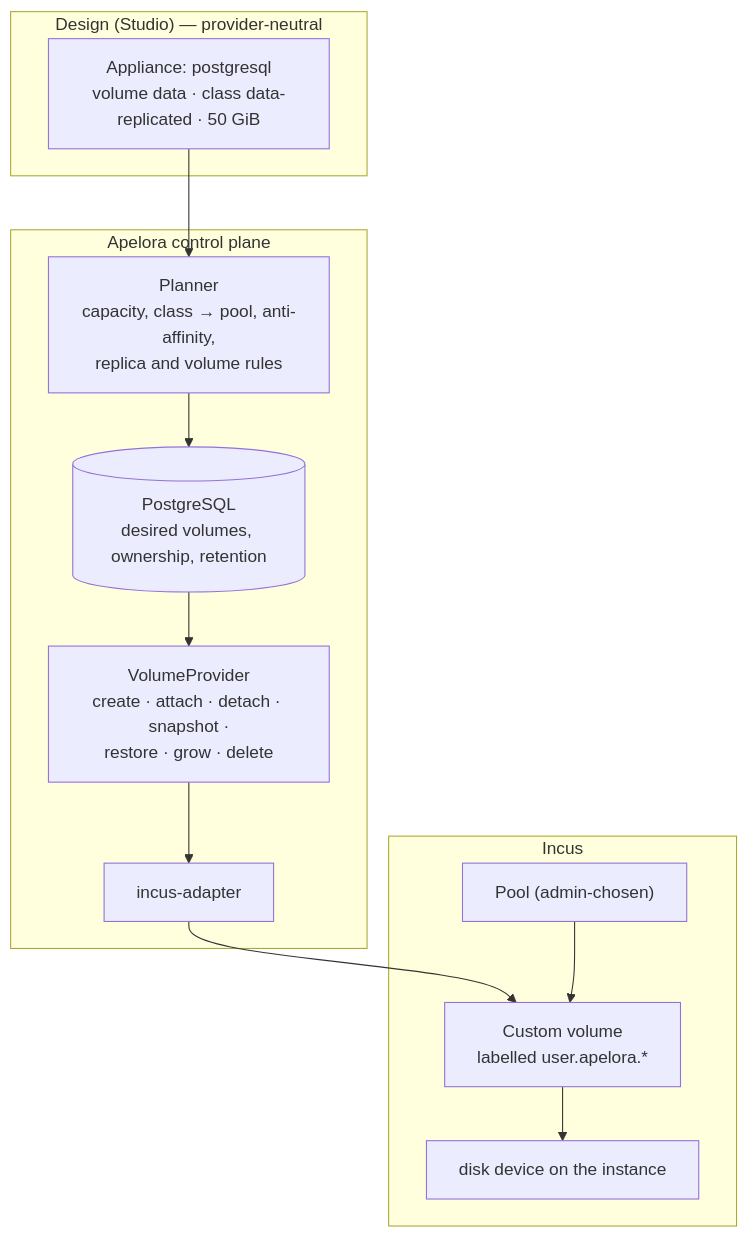
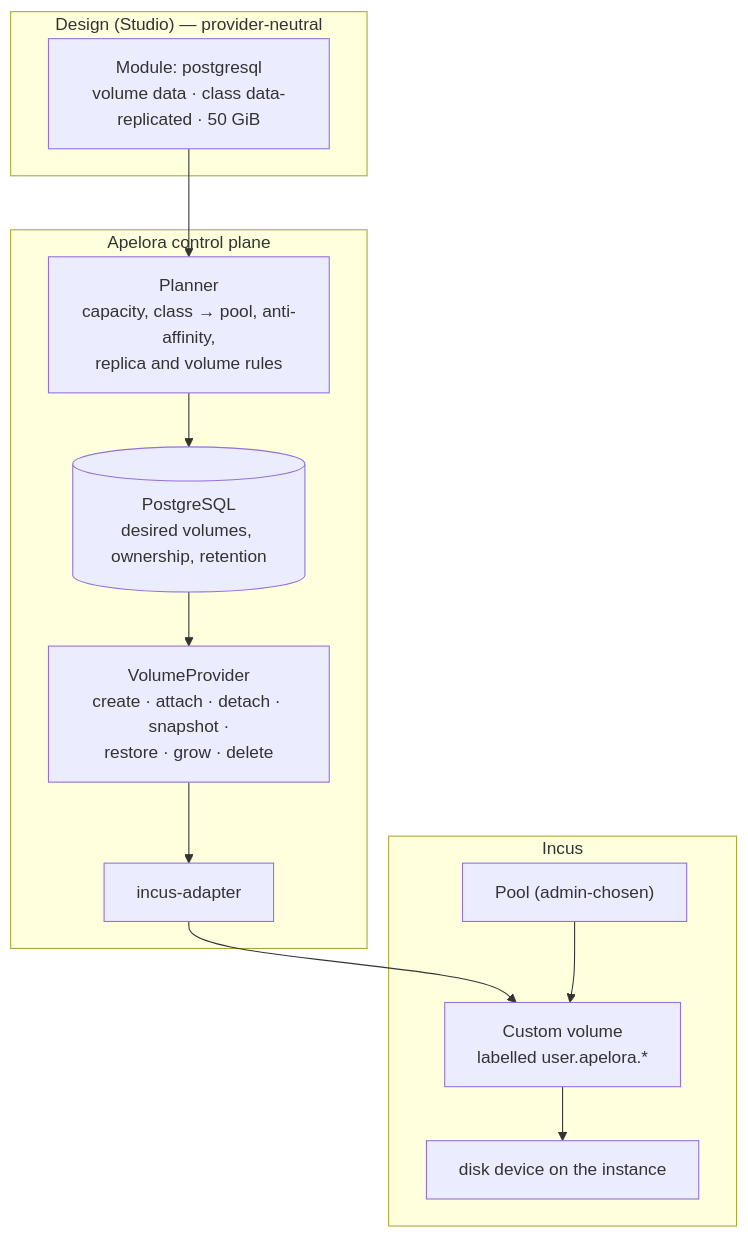
The second of 5 diagrams in docs/architecture/STORAGE.md (Apelora/apelora-fabric), drawn with Mermaid before and after one commit. The commit also changed other lines of this file and 187 other files, not shown here.

Commit message:
Rename appliance to module everywhere (ADR 0006): UI, docs, catalog (@apelora/module-catalog), API, saved-design format and code; old designs, API fields, stored JSON and Incus labels still read; columns renamed by migration 0013; illustrations in README and docs

````diff
--- a/docs/architecture/STORAGE.md
+++ b/docs/architecture/STORAGE.md
@@ -82,19 +85,19 @@
 ```mermaid
 flowchart TB
   subgraph D["Design (Studio) — provider-neutral"]
-    A["Appliance: postgresql<br/>volume data · class data-replicated · 50 GiB"]
+    A["Module: postgresql<br/>volume data · class data-replicated · 50 GiB"]
   end
   subgraph AP["Apelora control plane"]
     PL["Planner<br/>capacity, class → pool, anti-affinity,<br/>replica and volume rules"]
     DB[("PostgreSQL<br/>desired volumes, ownership, retention")]
     VP["VolumeProvider<br/>create · attach · detach · snapshot ·<br/>restore · grow · delete"]
     AD["incus-adapter"]
   end
   subgraph IN["Incus"]
     PO["Pool (admin-chosen)"]
     VO["Custom volume<br/>labelled user.apelora.*"]
     DV["disk device on the instance"]
   end
   A --> PL --> DB --> VP --> AD --> VO
   PO --> VO --> DV
 ```
````
